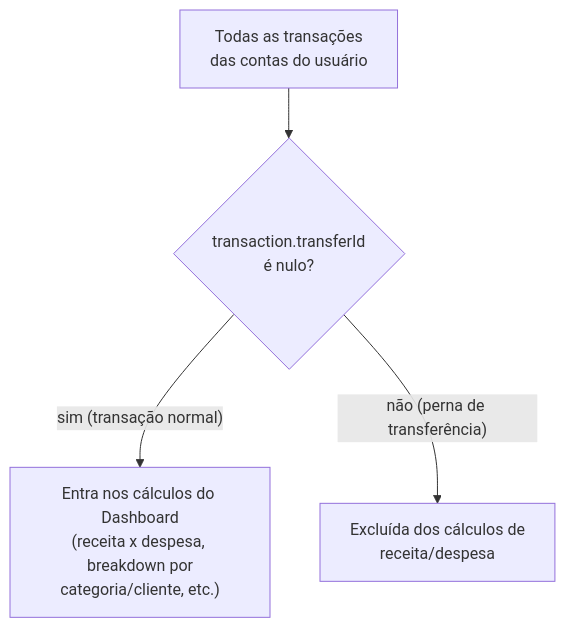
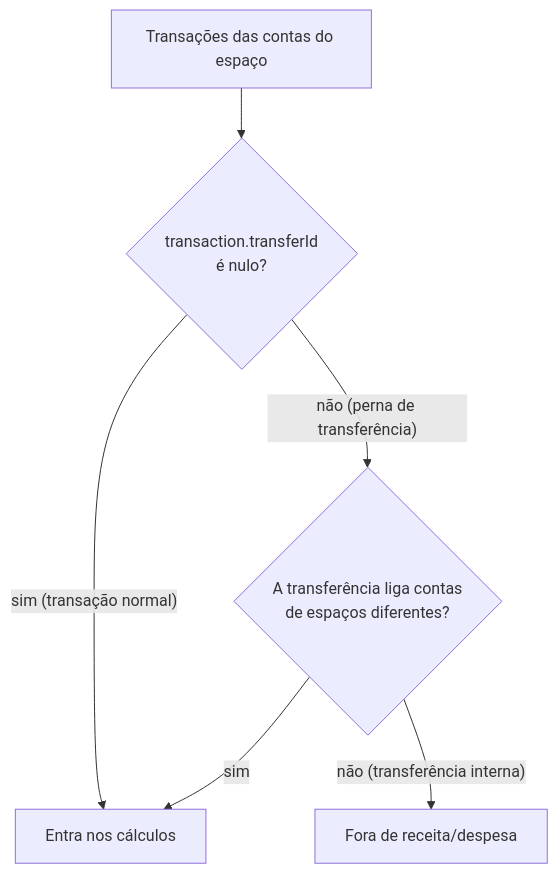
The fifth of 5 diagrams in docs/tecnica/fluxo-transferencias.md (leozztto/LmfFinPro), drawn with Mermaid before and after one commit. The commit also changed other lines of this file and 5 other files, not shown here.

````diff
--- a/docs/tecnica/fluxo-transferencias.md
+++ b/docs/tecnica/fluxo-transferencias.md
@@ -164,6 +186,8 @@
 ```mermaid
 flowchart TD
-    All["Todas as transações\ndas contas do usuário"] --> Filter{"transaction.transferId\né nulo?"}
-    Filter -- "sim (transação normal)" --> Dash["Entra nos cálculos do Dashboard\n(receita x despesa, breakdown por\ncategoria/cliente, etc.)"]
-    Filter -- "não (perna de transferência)" --> Skip["Excluída dos cálculos de\nreceita/despesa"]
+    All["Transações das contas do espaço"] --> Filter{"transaction.transferId\né nulo?"}
+    Filter -- "sim (transação normal)" --> Dash["Entra nos cálculos"]
+    Filter -- "não (perna de transferência)" --> Cross{"A transferência liga contas\nde espaços diferentes?"}
+    Cross -- "sim" --> Dash
+    Cross -- "não (transferência interna)" --> Skip["Fora de receita/despesa"]
 ```
````
